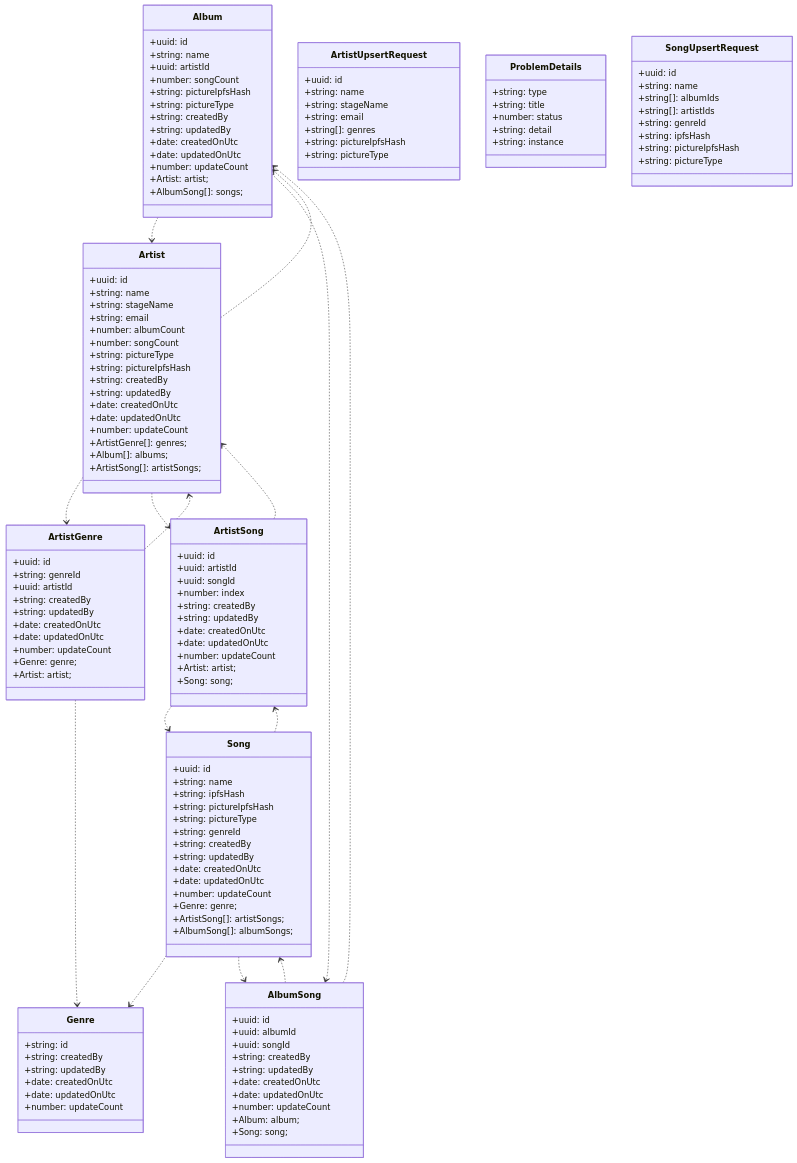
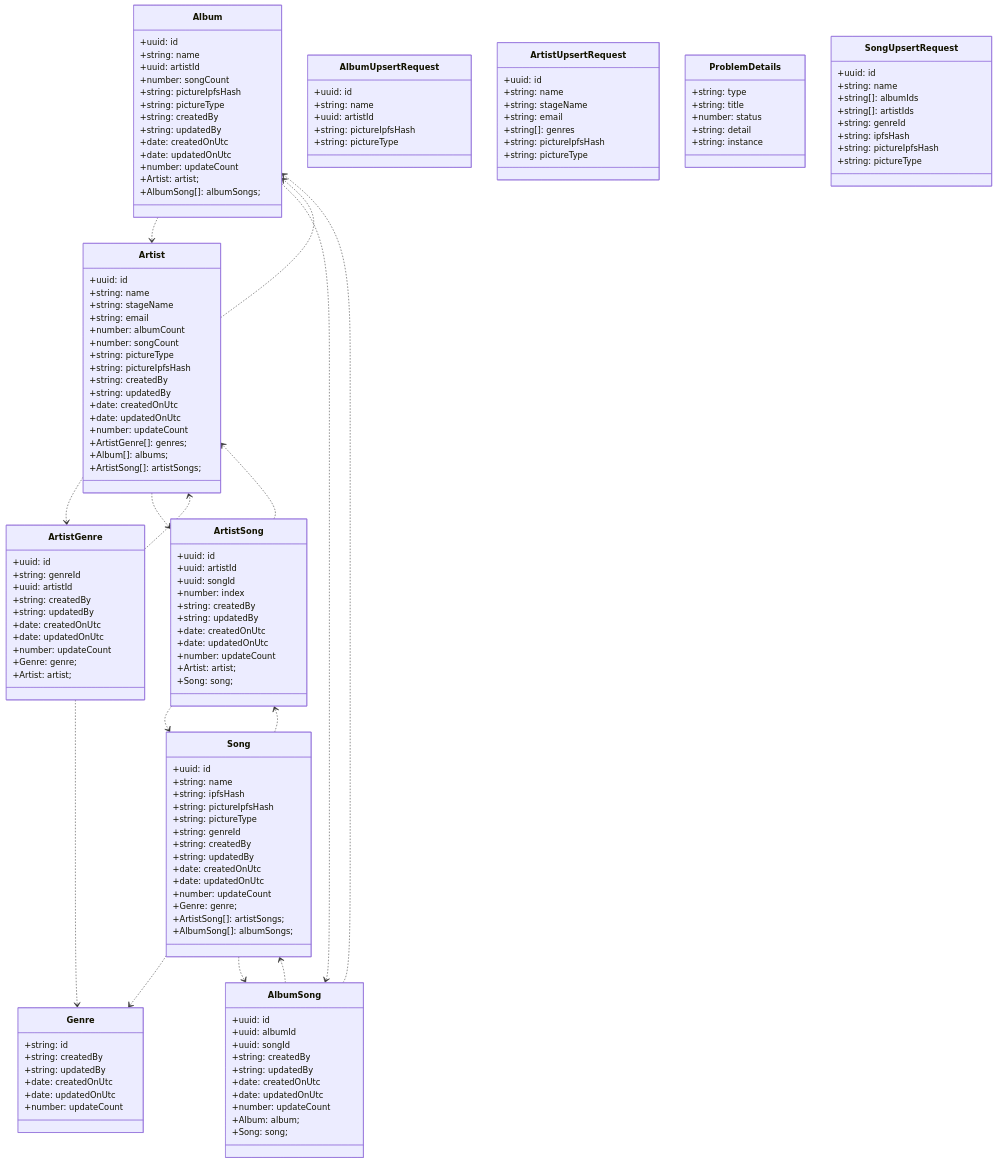
The diagram in docs/artists-webapi/class-diagram.md (ikemtz/ITEC5905), drawn with Mermaid before and after one commit. The commit also changed 79 other files, not shown here.

```diff
--- a/docs/artists-webapi/class-diagram.md
+++ b/docs/artists-webapi/class-diagram.md
@@ -29,7 +29,7 @@
     +date: updatedOnUtc
     +number: updateCount
     +Artist: artist;
-    +AlbumSong[]: songs;
+    +AlbumSong[]: albumSongs;
   }
   class AlbumSong{
     +uuid: id
@@ -42,6 +42,13 @@
     +number: updateCount
     +Album: album;
     +Song: song;
+  }
+  class AlbumUpsertRequest{
+    +uuid: id
+    +string: name
+    +uuid: artistId
+    +string: pictureIpfsHash
+    +string: pictureType
   }
   class Artist{
     +uuid: id
```
